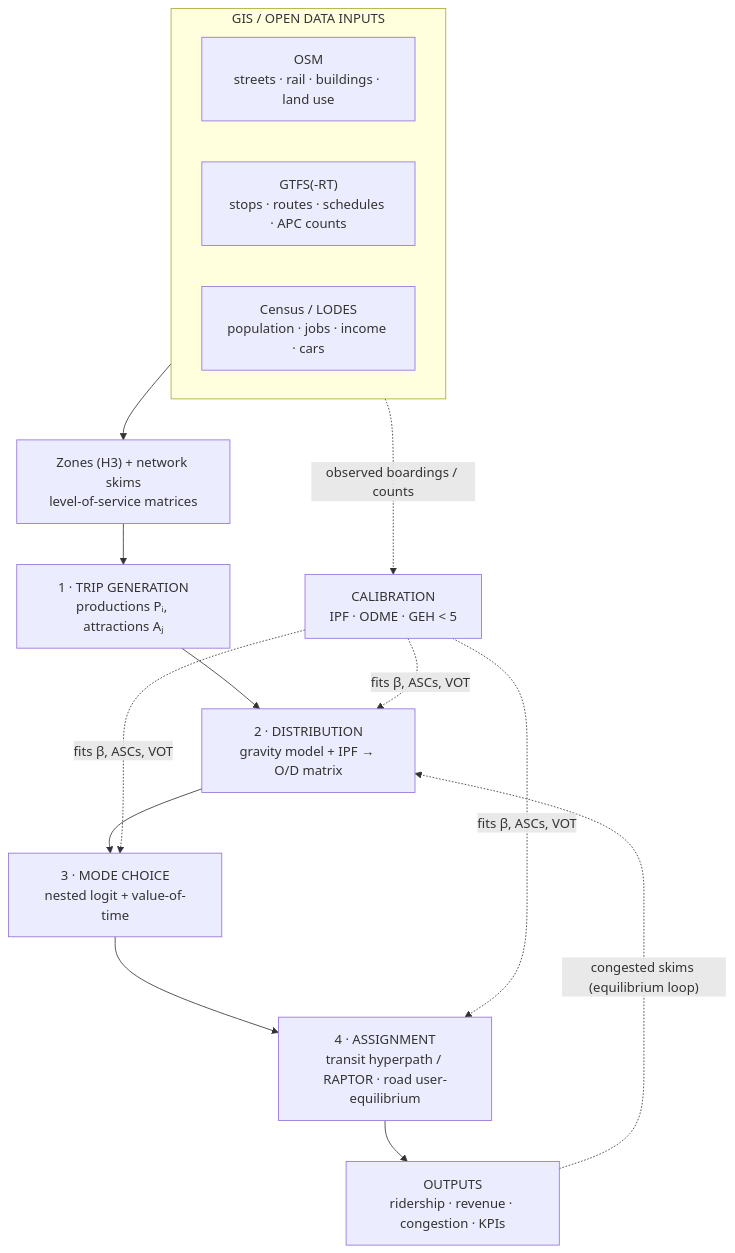
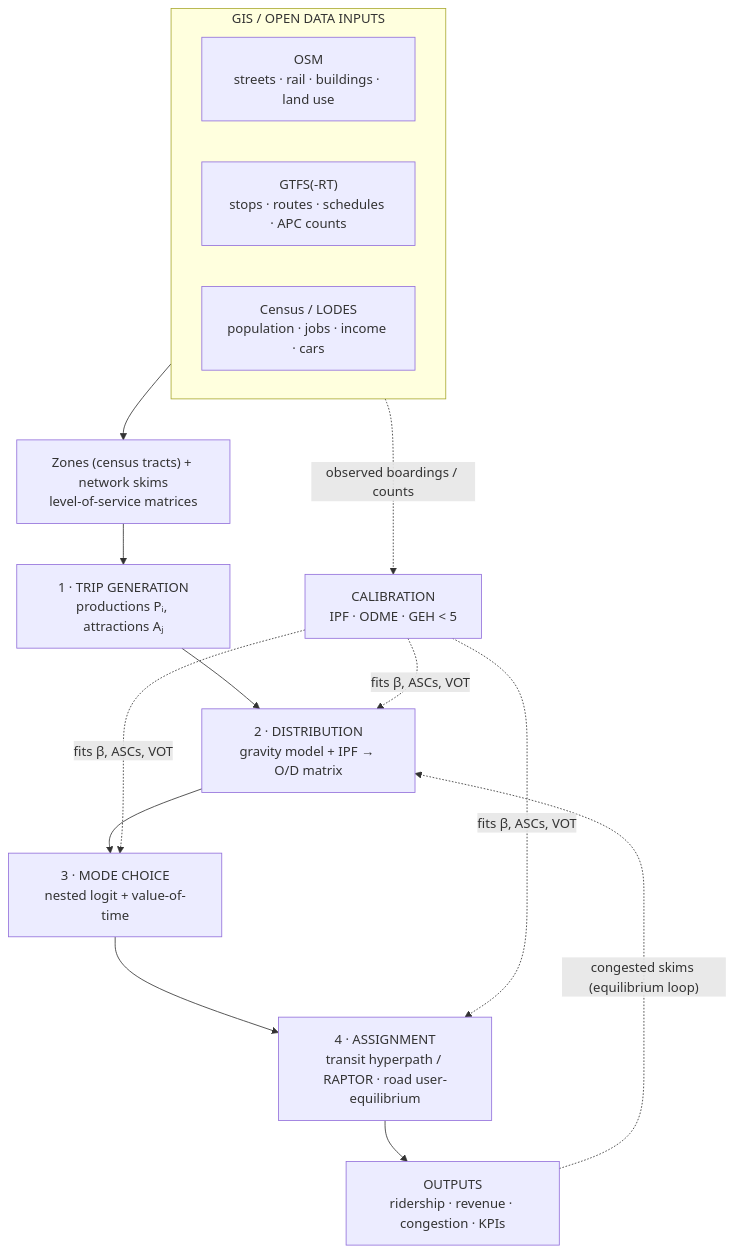
The fourth of 6 diagrams in Transit_Authority_GDD.md (Bl4202/WE-WILL-WIN), drawn with Mermaid before and after one commit. The commit also changed other lines of this file and 2 other files, not shown here.

````diff
--- a/Transit_Authority_GDD.md
+++ b/Transit_Authority_GDD.md
@@ -353,21 +354,21 @@
 ```mermaid
 flowchart TB
     subgraph DATA["GIS / OPEN DATA INPUTS"]
       direction LR
       OSMd["OSM<br/>streets · rail · buildings · land use"]
       GTFSd["GTFS(-RT)<br/>stops · routes · schedules · APC counts"]
       CEN["Census / LODES<br/>population · jobs · income · cars"]
     end
-    ZON["Zones (H3) + network skims<br/>level-of-service matrices"]
+    ZON["Zones (census tracts) + network skims<br/>level-of-service matrices"]
     G1["1 · TRIP GENERATION<br/>productions Pᵢ, attractions Aⱼ"]
     G2["2 · DISTRIBUTION<br/>gravity model + IPF → O/D matrix"]
     G3["3 · MODE CHOICE<br/>nested logit + value-of-time"]
     G4["4 · ASSIGNMENT<br/>transit hyperpath / RAPTOR · road user-equilibrium"]
     OUT["OUTPUTS<br/>ridership · revenue · congestion · KPIs"]
     CAL["CALIBRATION<br/>IPF · ODME · GEH &lt; 5"]
 
     DATA --> ZON --> G1 --> G2 --> G3 --> G4 --> OUT
     GTFSd -. "observed boardings / counts" .-> CAL
     CAL -. "fits β, ASCs, VOT" .-> G2 & G3 & G4
     OUT -. "congested skims (equilibrium loop)" .-> G2
 ```
````
